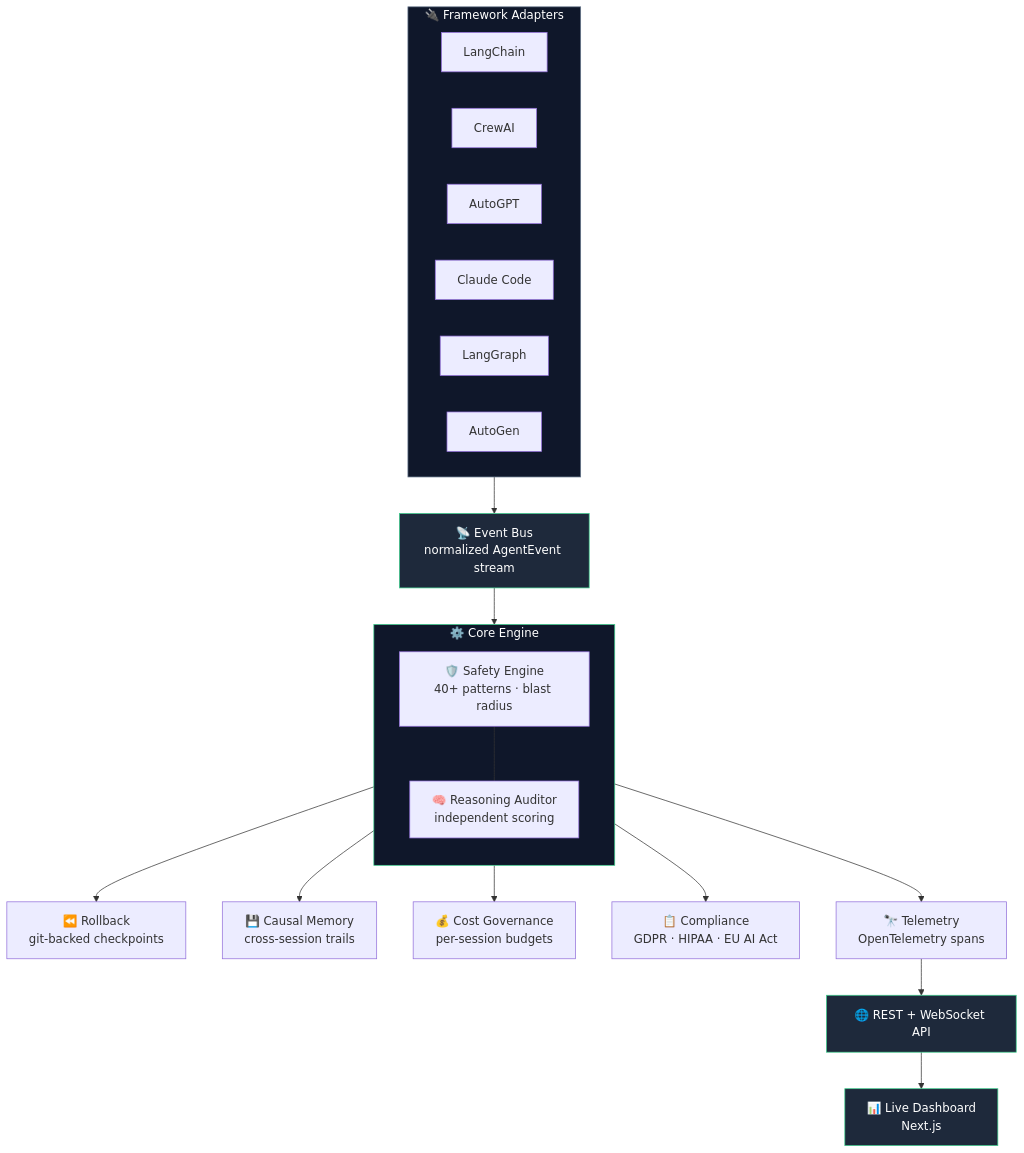
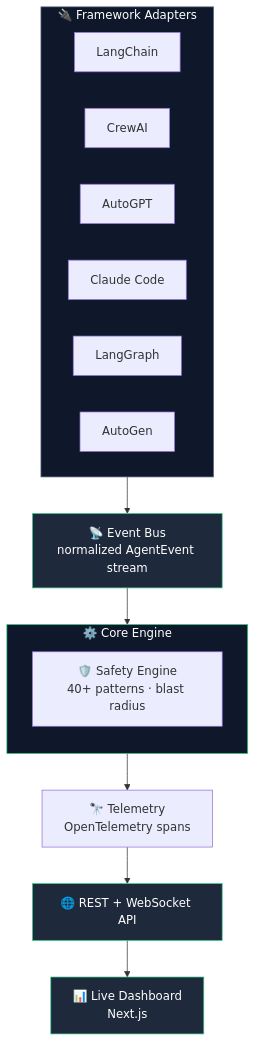
The second of 4 diagrams in README.md (sreerevanth/AgentWatch), drawn with Mermaid before and after one commit. The commit also changed other lines of this file and 84 other files, not shown here.

````diff
--- a/README.md
+++ b/README.md
@@ -131,38 +131,31 @@
 ```mermaid
 flowchart TB
     subgraph ADAPTERS["🔌 Framework Adapters"]
         direction LR
         LC["LangChain"]
         CR["CrewAI"]
         AG["AutoGPT"]
         CC["Claude Code"]
         LG["LangGraph"]
         AU["AutoGen"]
     end
 
     ADAPTERS --> BUS["📡 Event Bus<br/>normalized AgentEvent stream"]
 
     BUS --> CORE
 
     subgraph CORE["⚙️ Core Engine"]
         direction TB
         SAFE["🛡️ Safety Engine<br/>40+ patterns · blast radius"]
-        REASON["🧠 Reasoning Auditor<br/>independent scoring"]
-        SAFE --- REASON
     end
-
-    CORE --> ROLL["⏪ Rollback<br/>git-backed checkpoints"]
-    CORE --> MEM["💾 Causal Memory<br/>cross-session trails"]
-    CORE --> COST["💰 Cost Governance<br/>per-session budgets"]
-    CORE --> GOV["📋 Compliance<br/>GDPR · HIPAA · EU AI Act"]
 
     CORE --> TEL["🔭 Telemetry<br/>OpenTelemetry spans"]
     TEL --> API["🌐 REST + WebSocket API"]
     API --> DASH["📊 Live Dashboard<br/>Next.js"]
 
     style ADAPTERS fill:#0f172a,stroke:#64748b,color:#fff
     style CORE fill:#0f172a,stroke:#3ecf8e,color:#fff
     style BUS fill:#1e293b,stroke:#3ecf8e,color:#fff
     style API fill:#1e293b,stroke:#3ecf8e,color:#fff
     style DASH fill:#1e293b,stroke:#3ecf8e,color:#fff
 ```
````
